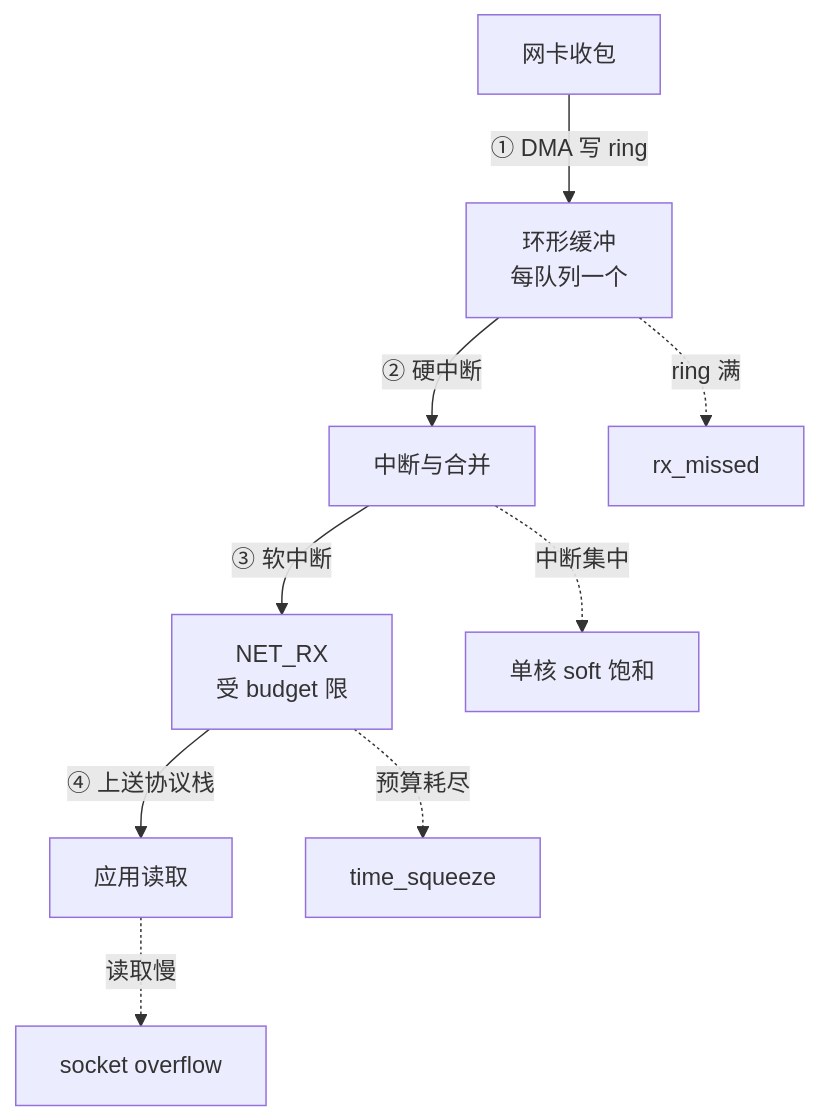
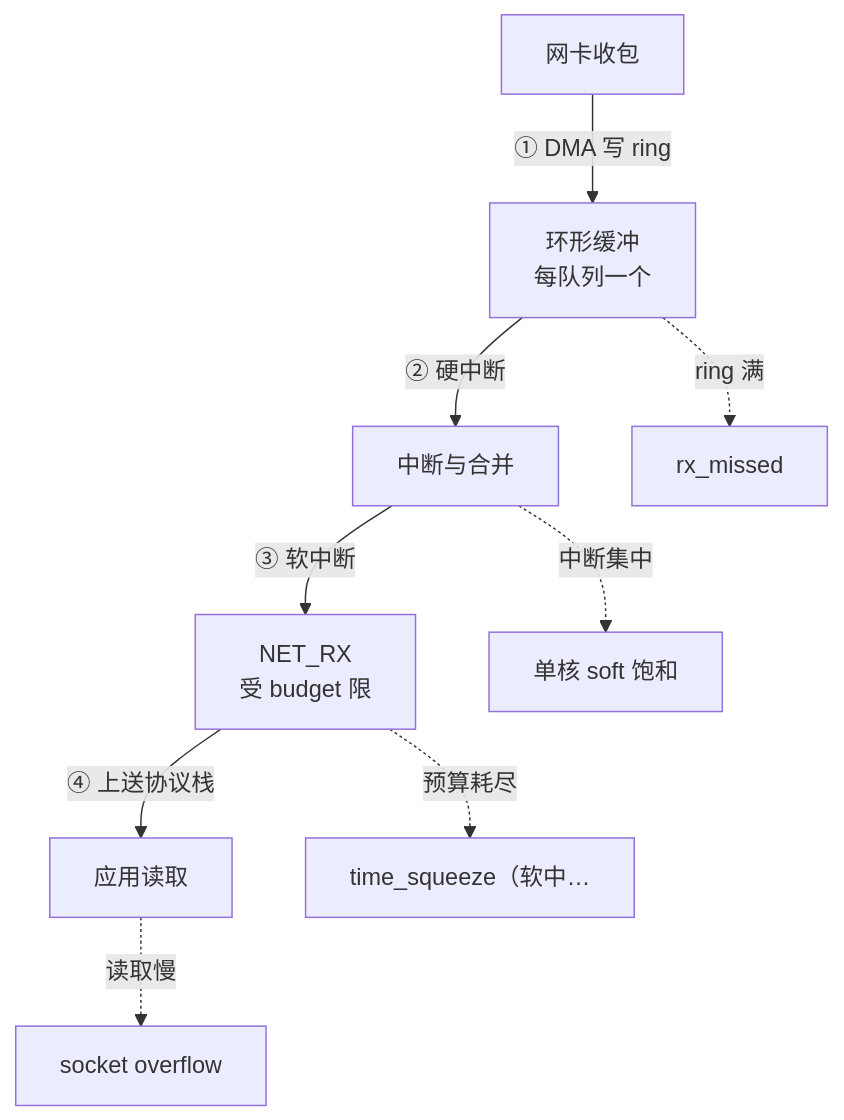
The first of 3 diagrams in vault/工程知识/性能工程：从用户等待到资源瓶颈/存储与网络/网卡丢包先看环形缓冲区溢出：队列、中断与软中断的接力.md (hub138/technical-knowledge), drawn with Mermaid before and after one commit. The commit also changed other lines of this file and 622 other files, not shown here.

````diff
--- a/vault/工程知识/性能工程：从用户等待到资源瓶颈/存储与网络/网卡丢包先看环形缓冲区溢出：队列、中断与软中断的接力.md
+++ b/vault/工程知识/性能工程：从用户等待到资源瓶颈/存储与网络/网卡丢包先看环形缓冲区溢出：队列、中断与软中断的接力.md
@@ -25,11 +32,11 @@
 ```mermaid
 graph TD
-    N["网卡收包"] -->|"① DMA 写 ring"| R["环形缓冲<br/>每队列一个"]
-    R -->|"② 硬中断"| I["中断与合并"]
-    I -->|"③ 软中断"| S["NET_RX<br/>受 budget 限"]
-    S -->|"④ 上送协议栈"| A["应用读取"]
-    R -.->|"ring 满"| D["rx_missed"]
-    I -.->|"中断集中"| D2["单核 soft 饱和"]
-    S -.->|"预算耗尽"| D3["time_squeeze"]
-    A -.->|"读取慢"| D4["socket overflow"]
+  N["网卡收包"] -->|"① DMA 写 ring"| R["环形缓冲<br/>每队列一个"]
+  R -->|"② 硬中断"| I["中断与合并"]
+  I -->|"③ 软中断"| S["NET_RX<br/>受 budget 限"]
+  S -->|"④ 上送协议栈"| A["应用读取"]
+  R -.->|"ring 满"| D["rx_missed"]
+  I -.->|"中断集中"| D2["单核 soft 饱和"]
+  S -.->|"预算耗尽"| D3["time_squeeze（软中…"]
+  A -.->|"读取慢"| D4["socket overflow"]
 ```
````
